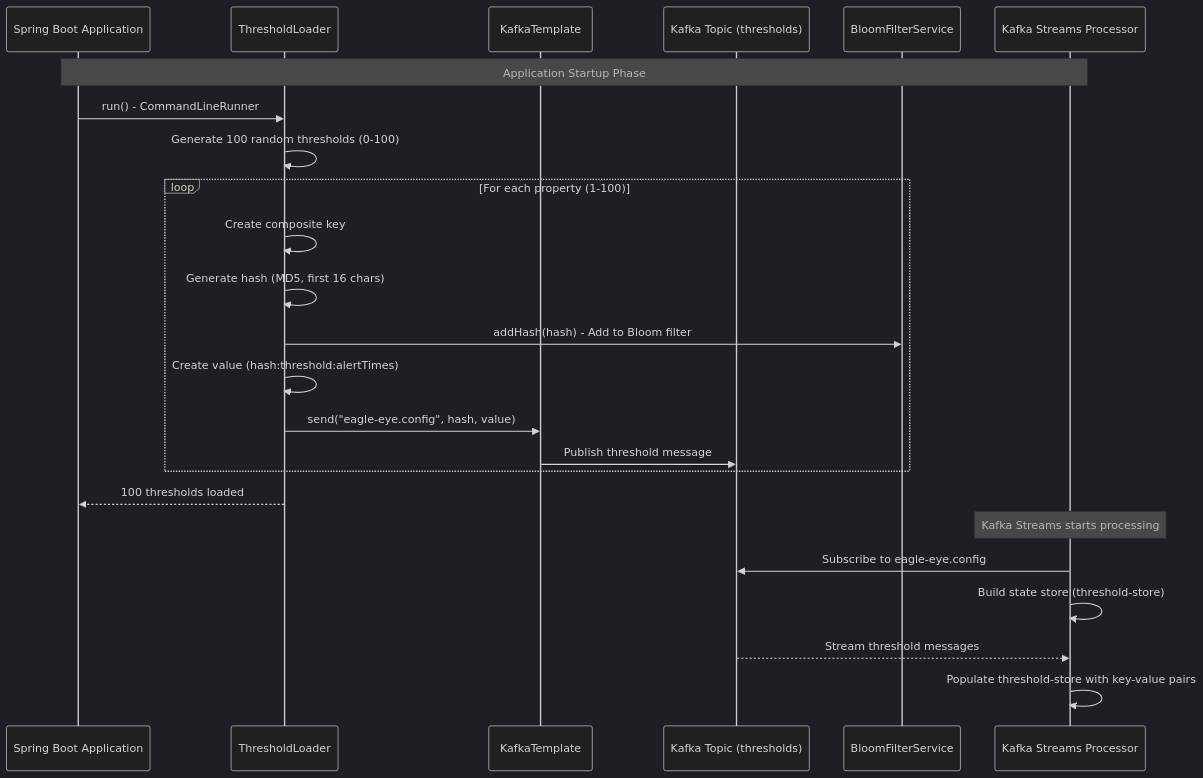
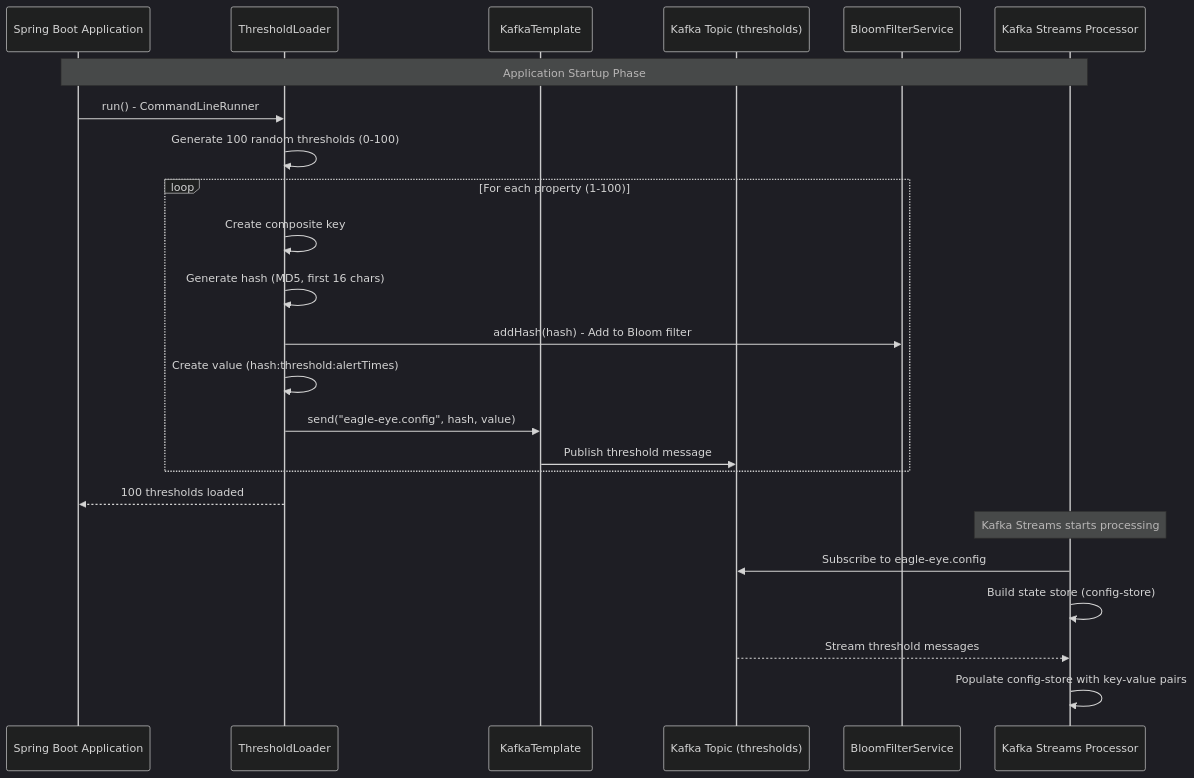
The second of 5 diagrams in SYSTEM-FLOW.md (red2n/alerts), drawn with Mermaid (dark theme) before and after one commit. The commit also changed other lines of this file and 5 other files, not shown here.

First line of the commit message:
Refactor alert processing system to use config-store instead of threshold-store

````diff
--- a/SYSTEM-FLOW.md
+++ b/SYSTEM-FLOW.md
@@ -117,31 +107,31 @@
 ```mermaid
 sequenceDiagram
     participant App as Spring Boot Application
     participant TL as ThresholdLoader
     participant KT as KafkaTemplate
     participant KTopic as Kafka Topic (thresholds)
     participant BF as BloomFilterService
     participant KS as Kafka Streams Processor
 
     Note over App,KS: Application Startup Phase
 
     App->>TL: run() - CommandLineRunner
     TL->>TL: Generate 100 random thresholds (0-100)
 
     loop For each property (1-100)
         TL->>TL: Create composite key
         TL->>TL: Generate hash (MD5, first 16 chars)
         TL->>BF: addHash(hash) - Add to Bloom filter
         TL->>TL: Create value (hash:threshold:alertTimes)
         TL->>KT: send("eagle-eye.config", hash, value)
         KT->>KTopic: Publish threshold message
     end
 
     TL-->>App: 100 thresholds loaded
 
     Note over KS: Kafka Streams starts processing
     KS->>KTopic: Subscribe to eagle-eye.config
-    KS->>KS: Build state store (threshold-store)
+    KS->>KS: Build state store (config-store)
     KTopic-->>KS: Stream threshold messages
-    KS->>KS: Populate threshold-store with key-value pairs
+    KS->>KS: Populate config-store with key-value pairs
 ```
````
